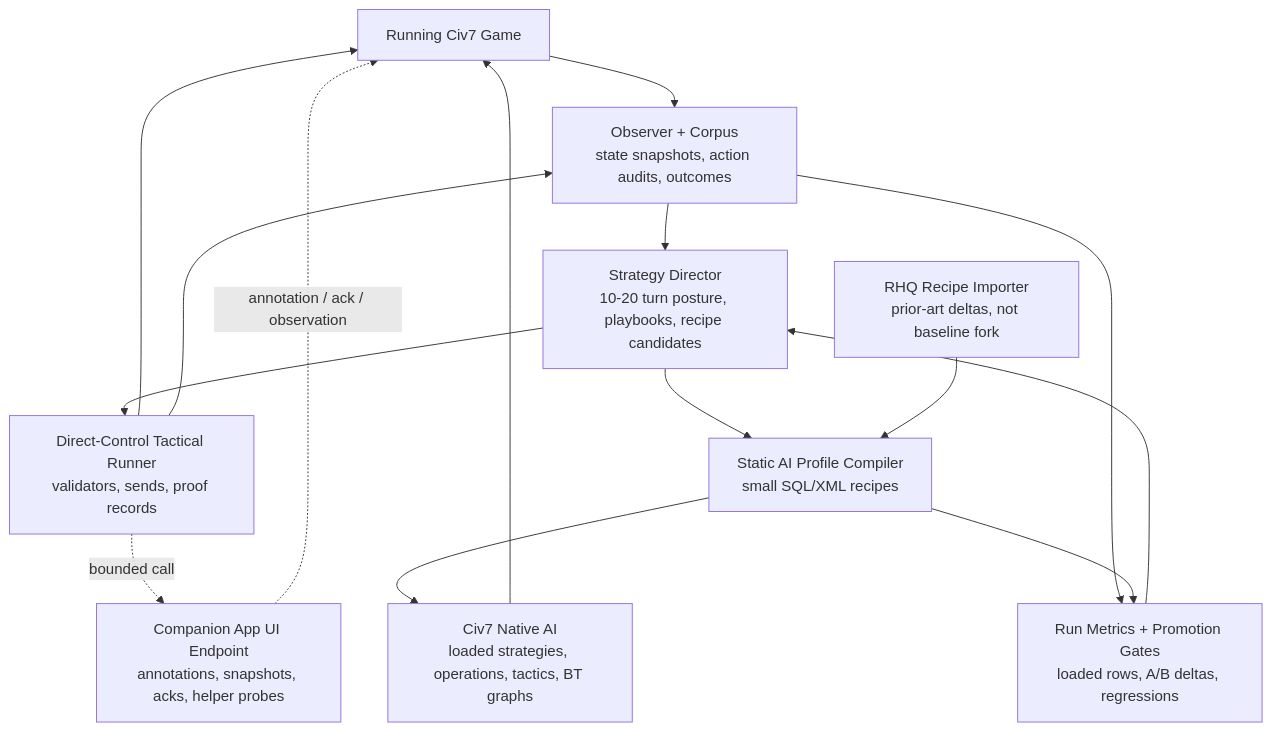
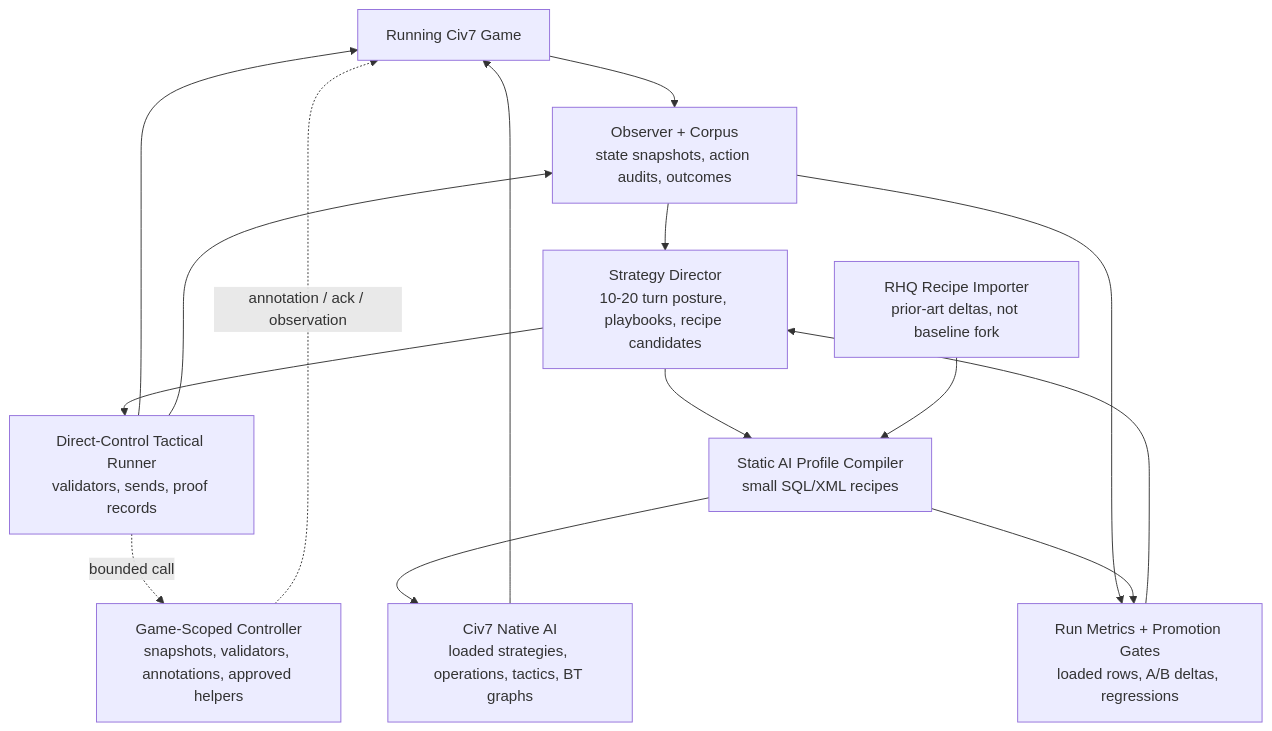
Before and after one commit to mateicanavra/civ7-modding-tools: the first of 4 diagrams in docs/projects/civ7-intelligence-layer/SOLUTION-FRAME.md, drawn with Mermaid. The commit also changed other lines of this file and 34 other files, not shown here.

````diff
--- a/docs/projects/civ7-intelligence-layer/SOLUTION-FRAME.md
+++ b/docs/projects/civ7-intelligence-layer/SOLUTION-FRAME.md
@@ -190,27 +191,27 @@
 ```mermaid
 flowchart TB
   Game["Running Civ7 Game"]
   Observer["Observer + Corpus\nstate snapshots, action audits, outcomes"]
   Director["Strategy Director\n10-20 turn posture, playbooks, recipe candidates"]
   Tactical["Direct-Control Tactical Runner\nvalidators, sends, proof records"]
   Compiler["Static AI Profile Compiler\nsmall SQL/XML recipes"]
   RHQ["RHQ Recipe Importer\nprior-art deltas, not baseline fork"]
-  Bridge["Companion App UI Endpoint\nannotations, snapshots, acks, helper probes"]
+  Bridge["Game-Scoped Controller\nsnapshots, validators, annotations, approved helpers"]
   Native["Civ7 Native AI\nloaded strategies, operations, tactics, BT graphs"]
   Metrics["Run Metrics + Promotion Gates\nloaded rows, A/B deltas, regressions"]
 
   Game --> Observer
   Observer --> Director
   Director --> Tactical
   Tactical --> Game
   Tactical --> Observer
   Director --> Compiler
   RHQ --> Compiler
   Compiler --> Native
   Native --> Game
   Tactical -. bounded call .-> Bridge
   Bridge -. annotation / ack / observation .-> Game
   Observer --> Metrics
   Compiler --> Metrics
   Metrics --> Director
 ```
````
